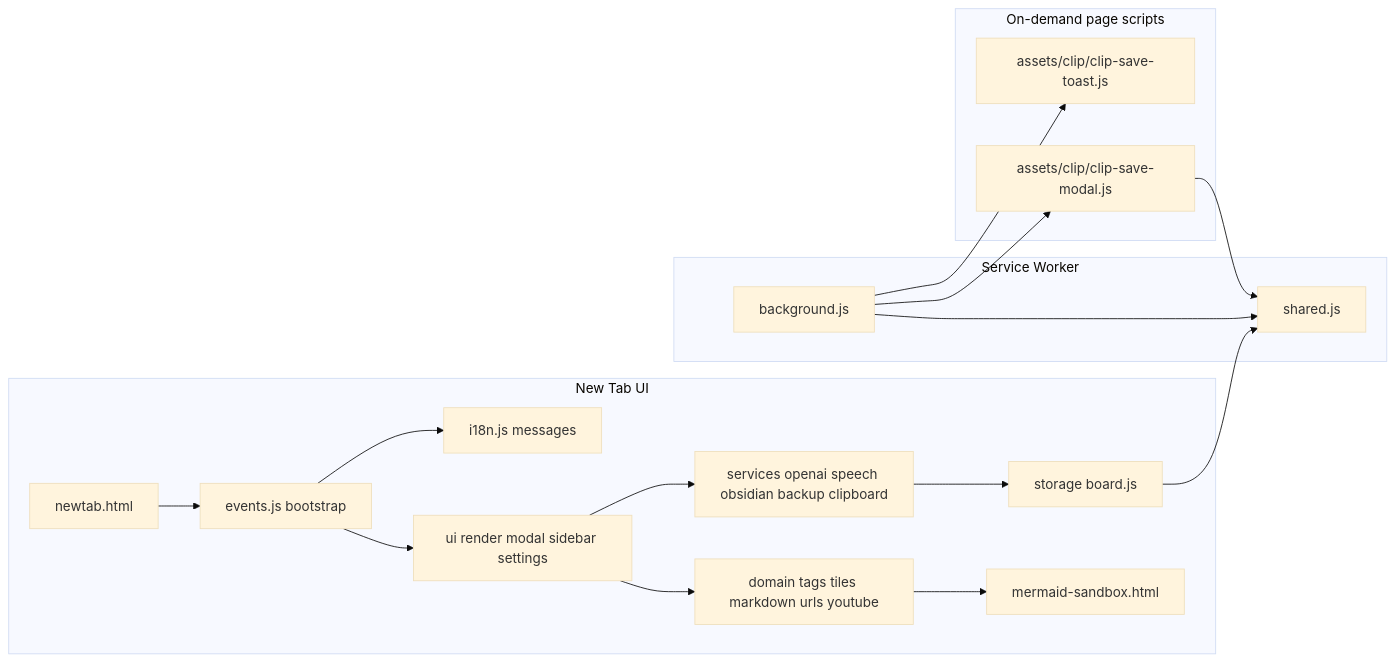
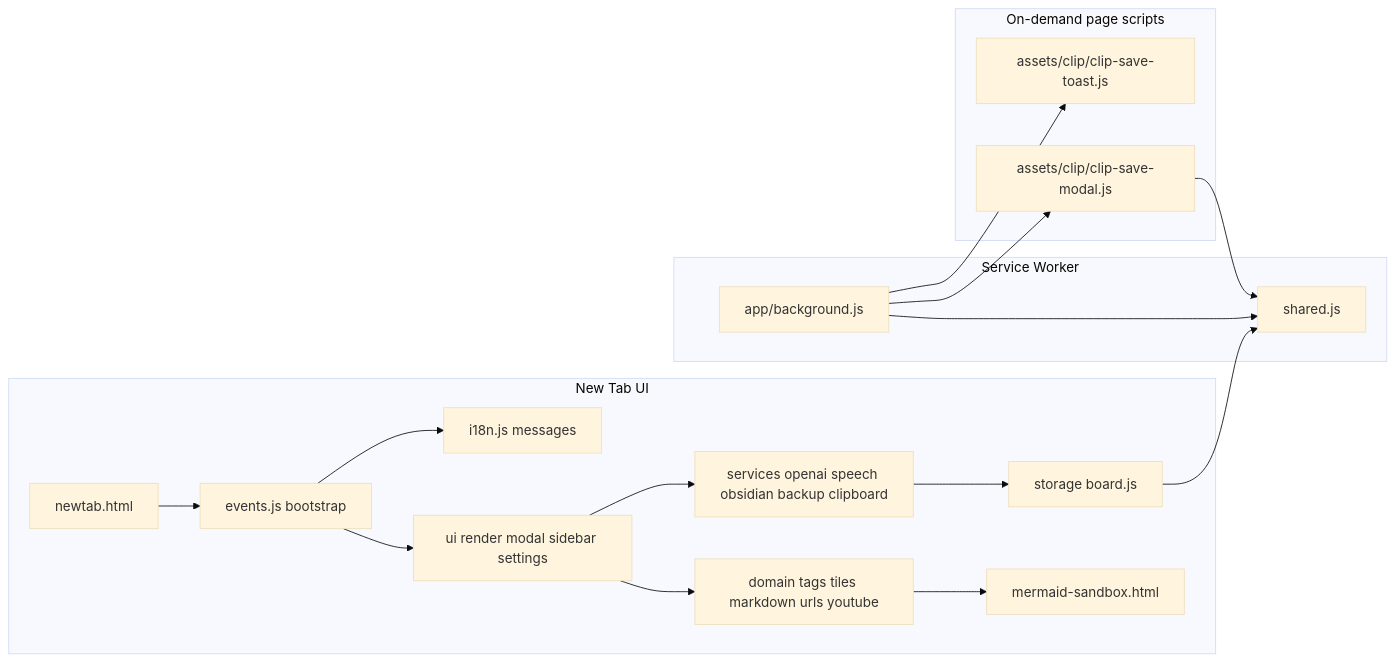
Before and after one commit to ktaishi/chrome_newtab_prompt_columns: the second of 5 diagrams in README.md, drawn with Mermaid (base theme). The commit also changed other lines of this file and 3 other files, not shown here.

````diff
--- a/README.md
+++ b/README.md
@@ -100,36 +100,36 @@
 ```mermaid
 flowchart LR
   subgraph newtab [New Tab UI]
     HTML[newtab.html]
     EVT[events.js bootstrap]
     UI[ui render modal sidebar settings]
     DOM[domain tags tiles markdown urls youtube]
     SVC[services openai speech obsidian backup clipboard]
     MERM[mermaid-sandbox.html]
     STO[storage board.js]
     I18N[i18n.js messages]
   end
 
   subgraph worker [Service Worker]
-    BG[background.js]
+    BG[app/background.js]
     SH[shared.js]
   end
 
   subgraph inject [On-demand page scripts]
     MODAL[assets/clip/clip-save-modal.js]
     TOAST[assets/clip/clip-save-toast.js]
   end
 
   HTML --> EVT
   EVT --> UI
   UI --> DOM
   UI --> SVC
   SVC --> STO
   DOM --> MERM
   EVT --> I18N
   BG --> SH
   STO --> SH
   BG --> MODAL
   BG --> TOAST
   MODAL --> SH
 ```
````
